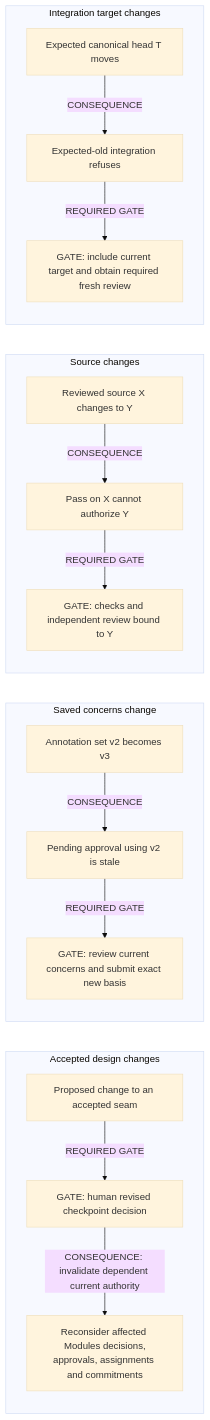
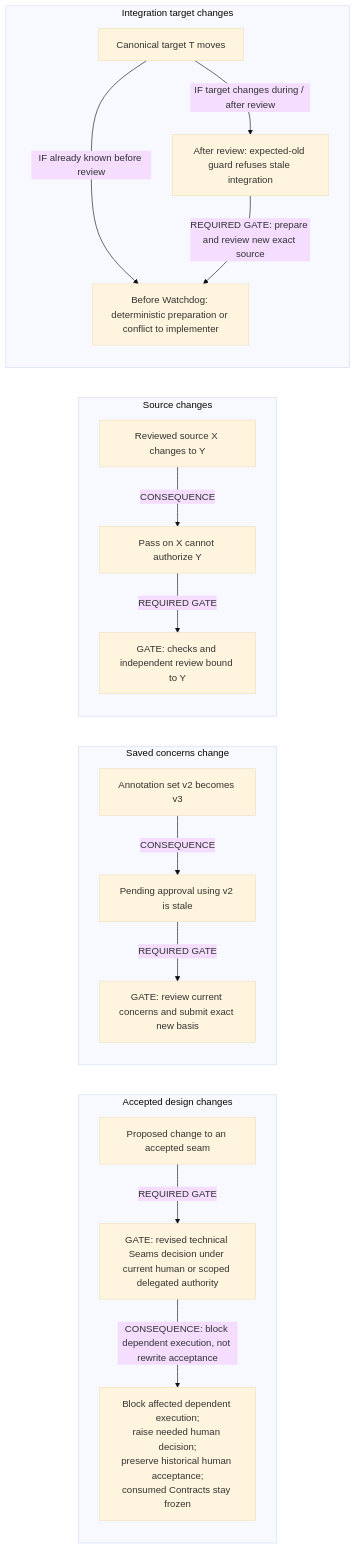
The ninth of 13 diagrams in docs/spec.md (vicrdguez/render), drawn with Mermaid (base theme) before and after one commit. The commit also changed other lines of this file and 1 other file, not shown here.

````diff
--- a/docs/spec.md
+++ b/docs/spec.md
@@ -686,31 +916,32 @@
 ```mermaid
 flowchart LR
     subgraph Design["Accepted design changes"]
         A["Proposed change to an accepted seam"]
-        B["GATE: human revised checkpoint decision"]
-        C["Reconsider affected Modules decisions,<br/>approvals, assignments and commitments"]
+        B["GATE: revised technical Seams decision under current human or scoped delegated authority"]
+        C["Block affected dependent execution;<br/>raise needed human decision;<br/>preserve historical human acceptance;<br/>consumed Contracts stay frozen"]
         A -->|"REQUIRED GATE"| B
-        B -->|"CONSEQUENCE: invalidate dependent current authority"| C
+        B -->|"CONSEQUENCE: block dependent execution, not rewrite acceptance"| C
     end
     subgraph Annotation["Saved concerns change"]
         D["Annotation set v2 becomes v3"]
         E["Pending approval using v2 is stale"]
         F["GATE: review current concerns and submit exact new basis"]
         D -->|"CONSEQUENCE"| E
         E -->|"REQUIRED GATE"| F
     end
     subgraph Source["Source changes"]
         G["Reviewed source X changes to Y"]
         H["Pass on X cannot authorize Y"]
         I["GATE: checks and independent review bound to Y"]
         G -->|"CONSEQUENCE"| H
         H -->|"REQUIRED GATE"| I
     end
     subgraph Target["Integration target changes"]
-        J["Expected canonical head T moves"]
-        K["Expected-old integration refuses"]
-        L["GATE: include current target and obtain required fresh review"]
-        J -->|"CONSEQUENCE"| K
-        K -->|"REQUIRED GATE"| L
+        J["Canonical target T moves"]
+        K["Before Watchdog: deterministic preparation or conflict to implementer"]
+        L["After review: expected-old guard refuses stale integration"]
+        J -->|"IF already known before review"| K
+        J -->|"IF target changes during / after review"| L
+        L -->|"REQUIRED GATE: prepare and review new exact source"| K
     end
 ```
````
